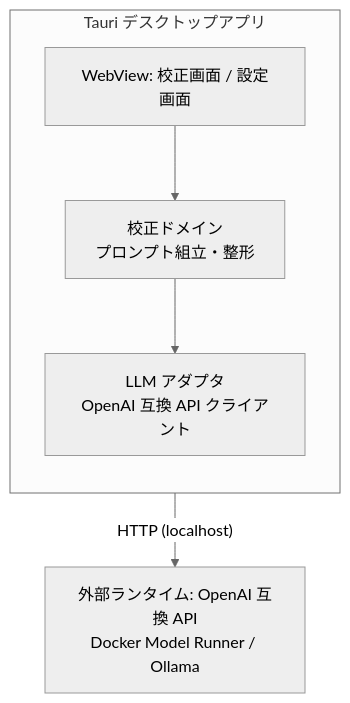
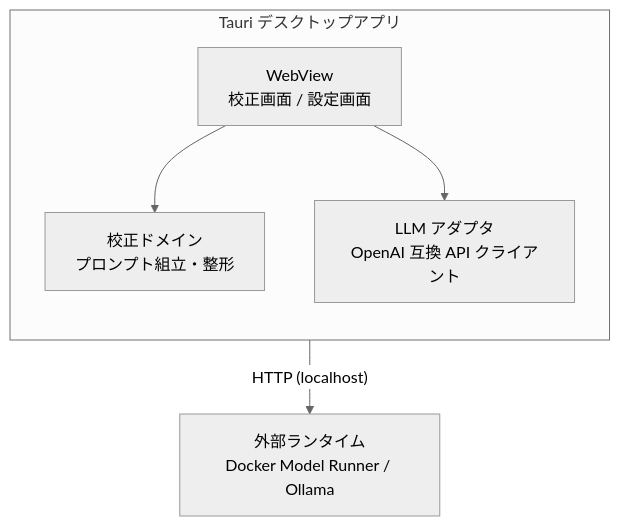
The first of 2 diagrams in docs/design.md (kkeisuke/message-proofreading), drawn with Mermaid (neutral theme) before and after one commit. The commit also changed other lines of this file, not shown here.

````diff
--- a/docs/design.md
+++ b/docs/design.md
@@ -9,12 +9,13 @@
 ```mermaid
 flowchart TB
     subgraph tauri["Tauri デスクトップアプリ"]
         direction TB
-        ui["WebView: 校正画面 / 設定画面"]
+        ui["WebView<br>校正画面 / 設定画面"]
         domain["校正ドメイン<br>プロンプト組立・整形"]
         adapter["LLM アダプタ<br>OpenAI 互換 API クライアント"]
-        ui --> domain --> adapter
+        ui --> domain
+        ui --> adapter
     end
-    runtime["外部ランタイム: OpenAI 互換 API<br>Docker Model Runner / Ollama"]
+    runtime["外部ランタイム<br>Docker Model Runner / Ollama"]
     adapter -- "HTTP (localhost)" --> runtime
 ```
````
